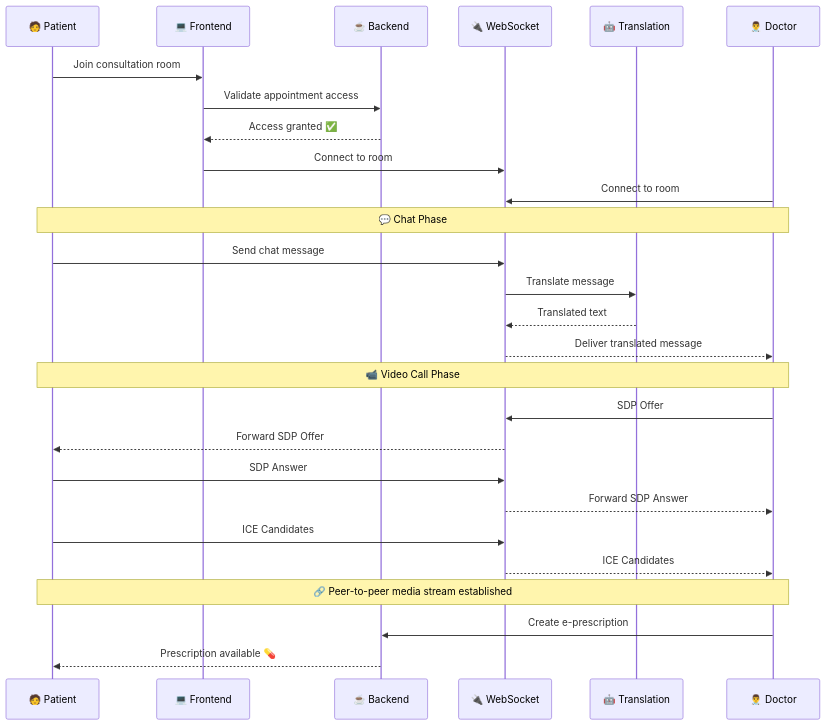
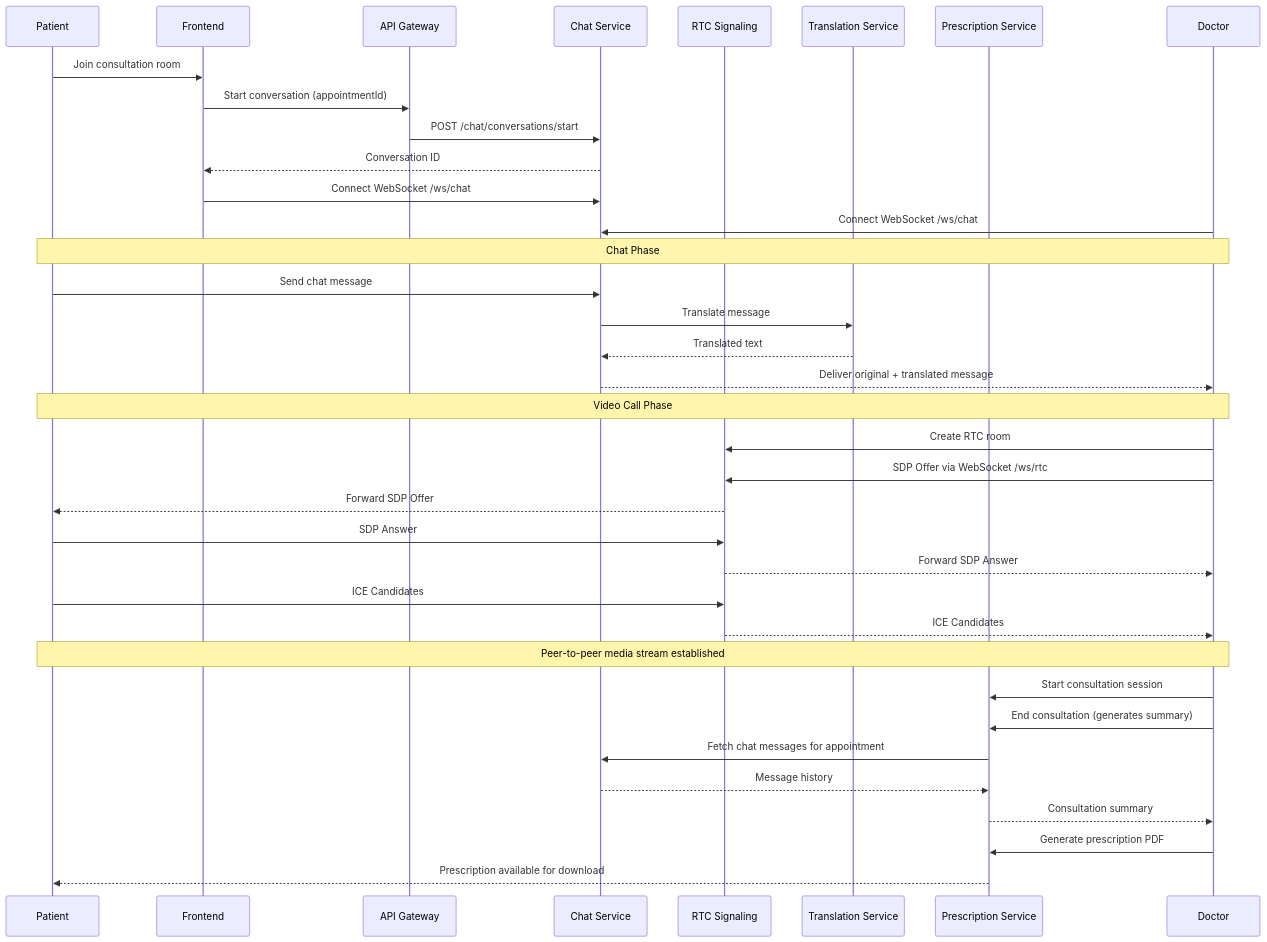
The fourth of 6 diagrams in README.md (shivamgoyalCD/SwasthyaSetu), drawn with Mermaid before and after one commit. The commit also changed other lines of this file, not shown here.

````diff
--- a/README.md
+++ b/README.md
@@ -216,35 +218,44 @@
 ```mermaid
 sequenceDiagram
-    participant P as 🧑 Patient
-    participant FE as 💻 Frontend
-    participant BE as ☕ Backend
-    participant WS as 🔌 WebSocket
-    participant AI as 🤖 Translation
-    participant D as 👨‍⚕️ Doctor
+    participant P as Patient
+    participant FE as Frontend
+    participant GW as API Gateway
+    participant CS as Chat Service
+    participant RTC as RTC Signaling
+    participant TS as Translation Service
+    participant RX as Prescription Service
+    participant D as Doctor
 
     P->>FE: Join consultation room
-    FE->>BE: Validate appointment access
-    BE-->>FE: Access granted ✅
+    FE->>GW: Start conversation (appointmentId)
+    GW->>CS: POST /chat/conversations/start
+    CS-->>FE: Conversation ID
 
-    FE->>WS: Connect to room
-    D->>WS: Connect to room
+    FE->>CS: Connect WebSocket /ws/chat
+    D->>CS: Connect WebSocket /ws/chat
 
-    Note over P,D: 💬 Chat Phase
-    P->>WS: Send chat message
-    WS->>AI: Translate message
-    AI-->>WS: Translated text
-    WS-->>D: Deliver translated message
+    Note over P,D: Chat Phase
+    P->>CS: Send chat message
+    CS->>TS: Translate message
+    TS-->>CS: Translated text
+    CS-->>D: Deliver original + translated message
 
-    Note over P,D: 📹 Video Call Phase
-    D->>WS: SDP Offer
-    WS-->>P: Forward SDP Offer
-    P->>WS: SDP Answer
-    WS-->>D: Forward SDP Answer
-    P->>WS: ICE Candidates
-    WS-->>D: ICE Candidates
+    Note over P,D: Video Call Phase
+    D->>RTC: Create RTC room
+    D->>RTC: SDP Offer via WebSocket /ws/rtc
+    RTC-->>P: Forward SDP Offer
+    P->>RTC: SDP Answer
+    RTC-->>D: Forward SDP Answer
+    P->>RTC: ICE Candidates
+    RTC-->>D: ICE Candidates
 
-    Note over P,D: 🔗 Peer-to-peer media stream established
+    Note over P,D: Peer-to-peer media stream established
 
-    D->>BE: Create e-prescription
-    BE-->>P: Prescription available 💊
+    D->>RX: Start consultation session
+    D->>RX: End consultation (generates summary)
+    RX->>CS: Fetch chat messages for appointment
+    CS-->>RX: Message history
+    RX-->>D: Consultation summary
+    D->>RX: Generate prescription PDF
+    RX-->>P: Prescription available for download
 ```
````
